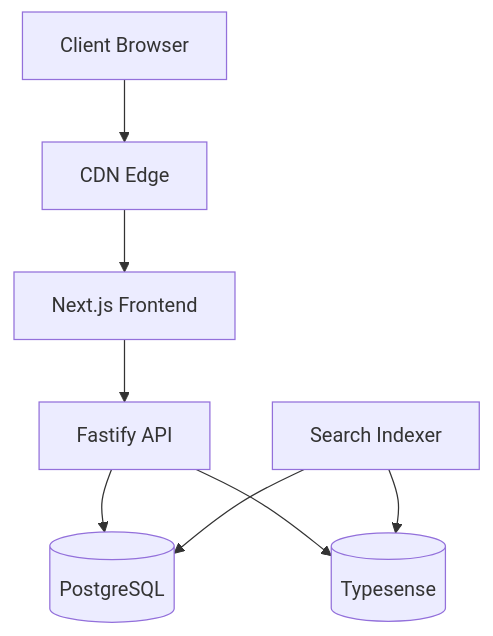
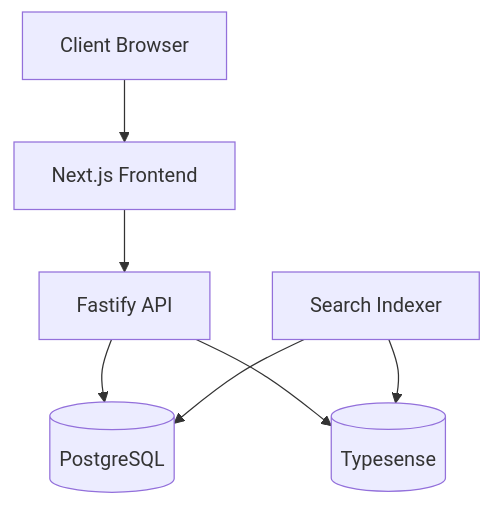
One commit to JustForrest/fantastic-adventure changed the diagram in README.md. Above: the diagram before and after it, drawn with Mermaid. The commit also changed other lines of this file and 4 other files, not shown here.

````diff
--- a/README.md
+++ b/README.md
@@ -35,10 +35,9 @@
 ```mermaid
 graph TD
-    Client[Client Browser] --> CDN[CDN Edge]
-    CDN --> Frontend[Next.js Frontend]
+    Client[Client Browser] --> Frontend[Next.js Frontend]
     Frontend --> API[Fastify API]
     API --> DB[(PostgreSQL)]
     API --> Search[(Typesense)]
     SearchIndexer[Search Indexer] --> DB
     SearchIndexer --> Search
 ```
````
